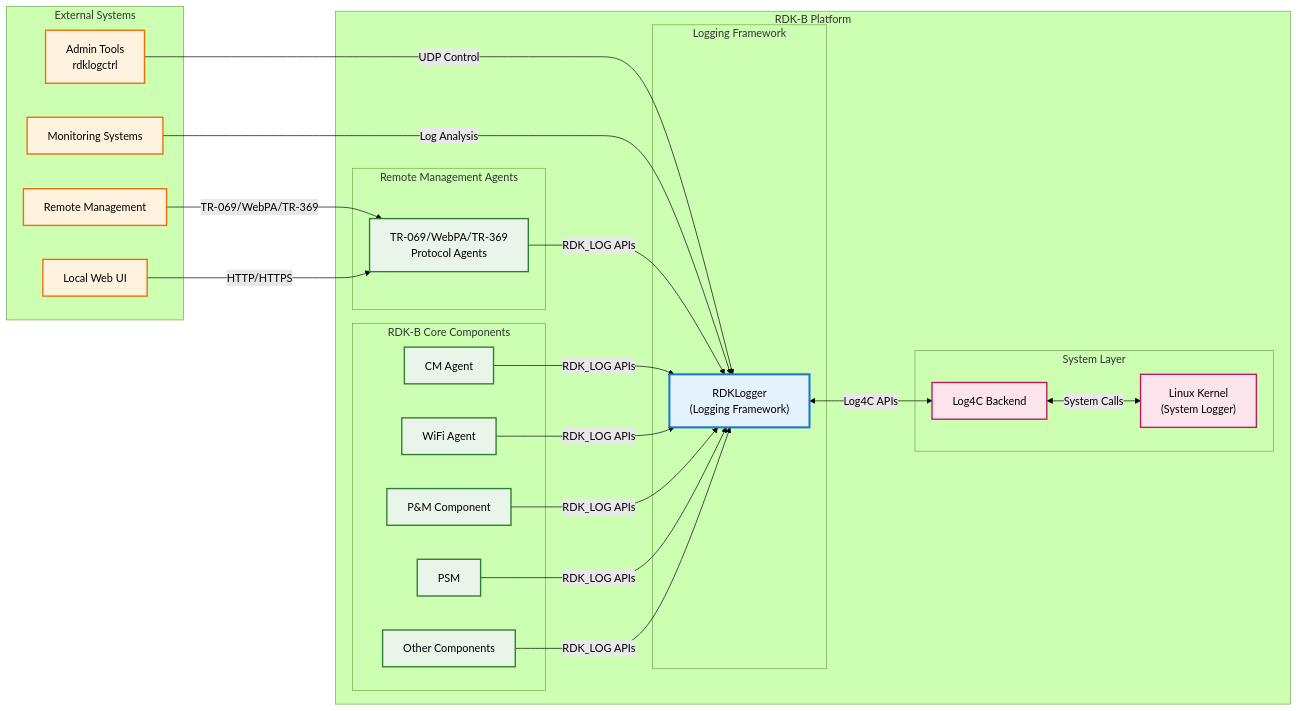
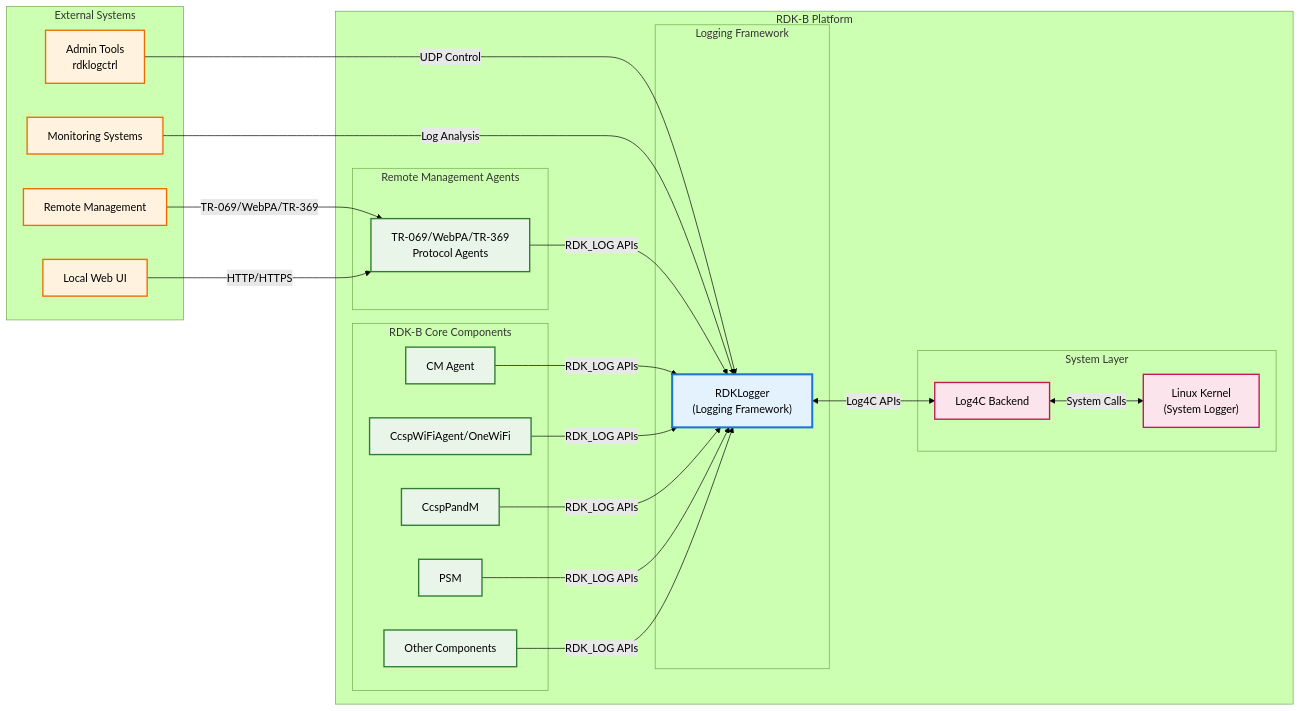
One commit to rdkcentral/rdk_logger changed the first of 9 diagrams in docs/README.md. Above: the diagram before and after it, drawn with Mermaid (forest theme). The commit also changed other lines of this file, not shown here.

````diff
--- a/docs/README.md
+++ b/docs/README.md
@@ -9,62 +9,62 @@
 ```mermaid
 graph LR
     subgraph "External Systems"
         RemoteMgmt["Remote Management"]
         LocalUI["Local Web UI"]
         AdminTools["Admin Tools<br/>rdklogctrl"]
         MonitorSys["Monitoring Systems"]
     end
 
     subgraph "RDK-B Platform"
         subgraph "Remote Management Agents"
             ProtocolAgents["TR-069/WebPA/TR-369<br/>Protocol Agents"]
         end
         
         subgraph "Logging Framework"
             RDKLogger["RDKLogger<br/>(Logging Framework)"]
         end
         
         subgraph "RDK-B Core Components"
             CMAgent["CM Agent"]
-            WiFiAgent["WiFi Agent"]
-            PAM["P&M Component"]
+            WiFiAgent["CcspWiFiAgent/OneWiFi"]
+            PandM["CcspPandM"]
             PSM["PSM"]
             OtherComp["Other Components"]
         end
         
         subgraph "System Layer"
             Log4C["Log4C Backend"]
             Linux["Linux Kernel<br/>(System Logger)"]
         end
     end
 
     %% External connections
     RemoteMgmt -->|TR-069/WebPA/TR-369| ProtocolAgents
     LocalUI -->|HTTP/HTTPS| ProtocolAgents
     AdminTools -->|UDP Control| RDKLogger
     MonitorSys -->|Log Analysis| RDKLogger
 
     %% Upper layer to RDK Logger
     ProtocolAgents -->|RDK_LOG APIs| RDKLogger
 
     %% RDK-B Components to Logger
     CMAgent -->|RDK_LOG APIs| RDKLogger
     WiFiAgent -->|RDK_LOG APIs| RDKLogger
-    PAM -->|RDK_LOG APIs| RDKLogger
+    PandM -->|RDK_LOG APIs| RDKLogger
     PSM -->|RDK_LOG APIs| RDKLogger
     OtherComp -->|RDK_LOG APIs| RDKLogger
 
     %% System Layer interactions
     RDKLogger <-->|Log4C APIs| Log4C
     Log4C <-->|System Calls| Linux
 
     classDef external fill:#fff3e0,stroke:#ef6c00,stroke-width:2px;
     classDef rdklogger fill:#e3f2fd,stroke:#1976d2,stroke-width:3px;
     classDef rdkbComponent fill:#e8f5e8,stroke:#2e7d32,stroke-width:2px;
     classDef system fill:#fce4ec,stroke:#c2185b,stroke-width:2px;
 
     class RemoteMgmt,LocalUI,AdminTools,MonitorSys external;
     class RDKLogger rdklogger;
-    class ProtocolAgents,CMAgent,WiFiAgent,PAM,PSM,OtherComp rdkbComponent;
+    class ProtocolAgents,CMAgent,WiFiAgent,PandM,PSM,OtherComp rdkbComponent;
     class Log4C,Linux system;
 ```
````
